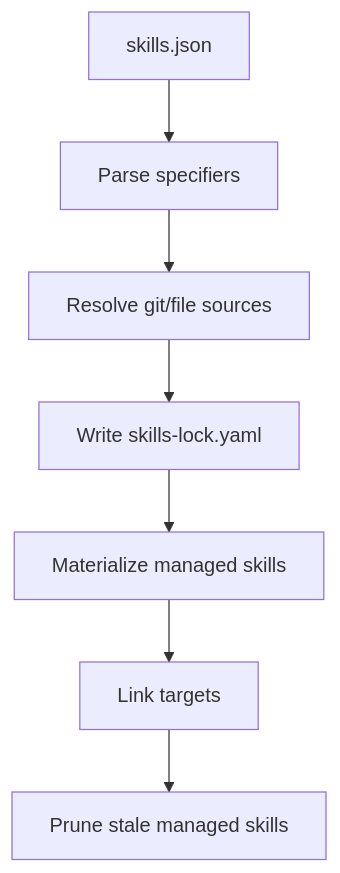
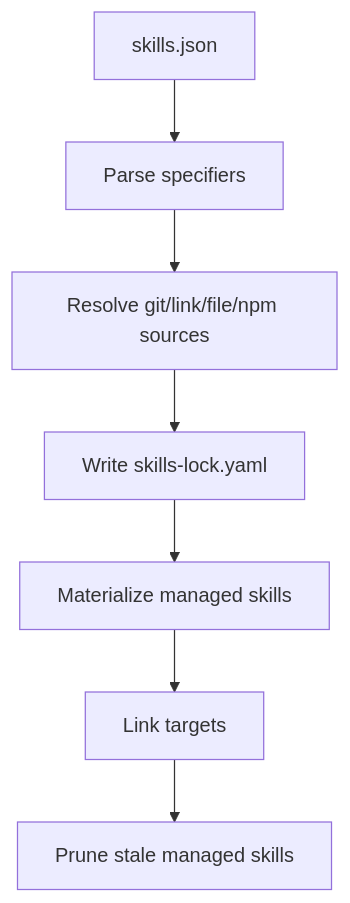
Before and after one commit to SoonIter/skills-package-manager: the diagram in website/docs/architecture/how-it-works.mdx, drawn with Mermaid. The commit also changed other lines of this file and 31 other files, not shown here.

First line of the commit message:
feat(core): split link, file, and npm skill protocols (#7)

````diff
--- a/website/docs/architecture/how-it-works.mdx
+++ b/website/docs/architecture/how-it-works.mdx
@@ -39,9 +43,9 @@
 ```mermaid
 flowchart TD
     A[skills.json] --> B[Parse specifiers]
-    B --> C[Resolve git/file sources]
+    B --> C[Resolve git/link/file/npm sources]
     C --> D[Write skills-lock.yaml]
     D --> E[Materialize managed skills]
     E --> F[Link targets]
     F --> G[Prune stale managed skills]
 ```
````
